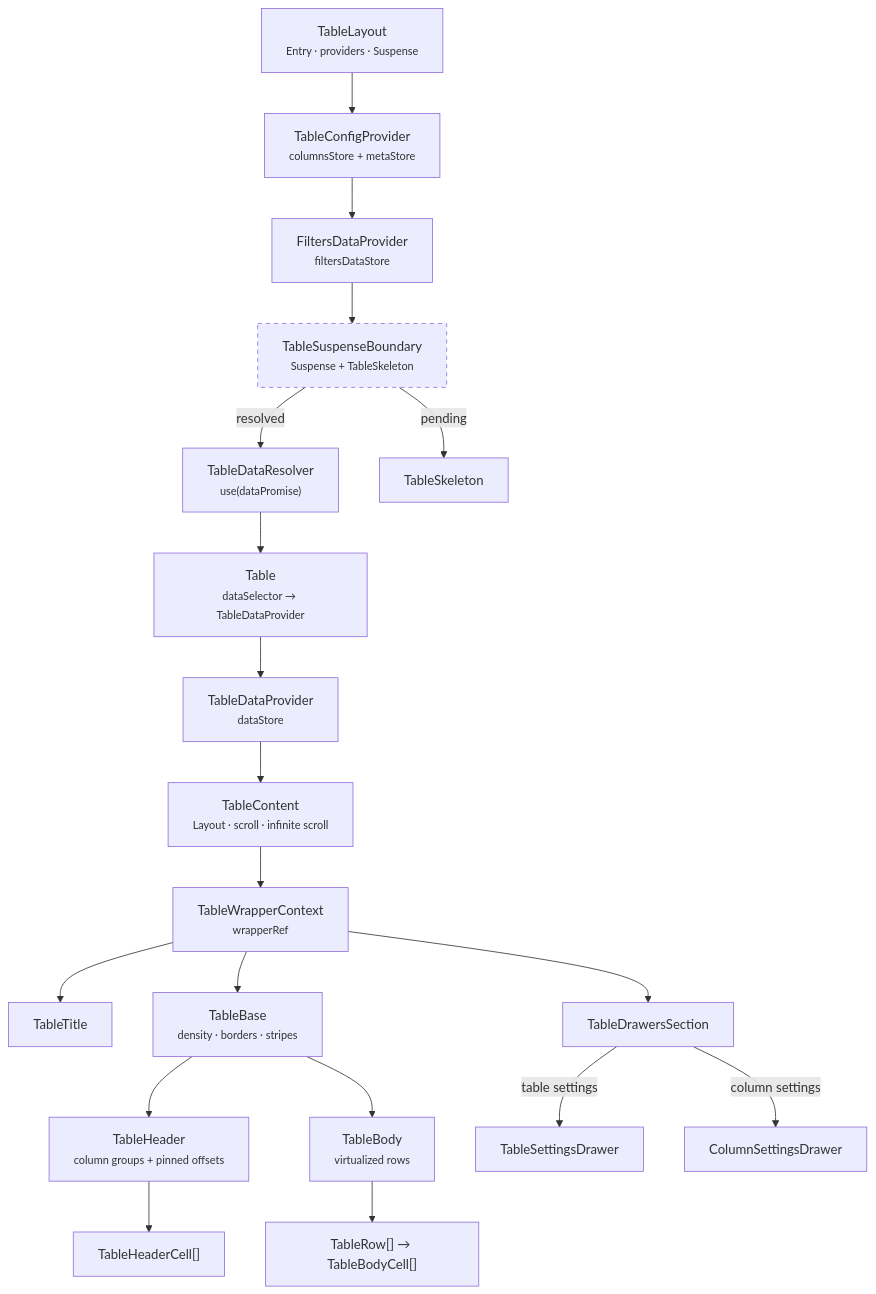
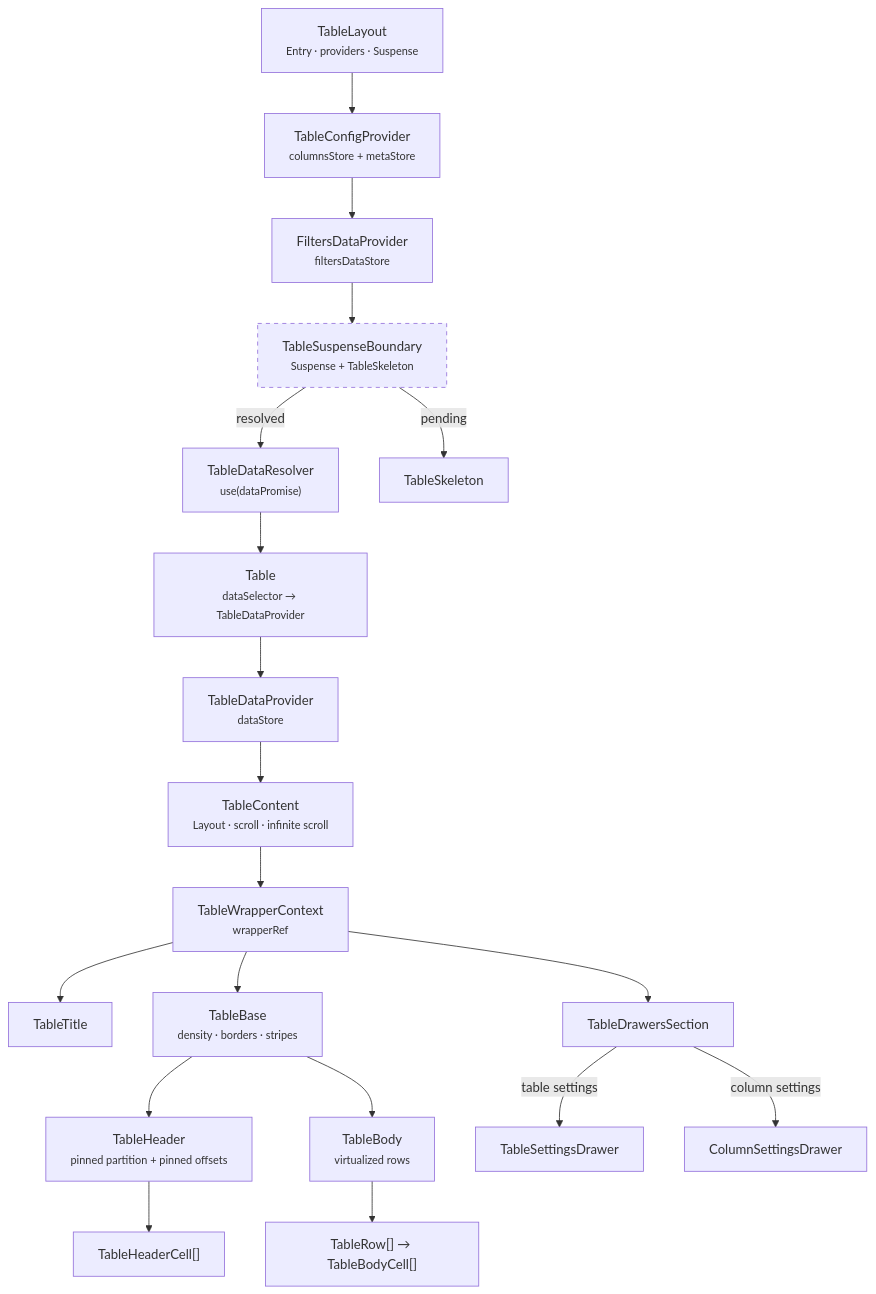
One commit to luciocabrera/lcabrera-stack changed the first of 4 diagrams in packages/ui/src/components/Table/ARCHITECTURE.md. Above: the diagram before and after it, drawn with Mermaid. The commit also changed 41 other files, not shown here.

````diff
--- a/packages/ui/src/components/Table/ARCHITECTURE.md
+++ b/packages/ui/src/components/Table/ARCHITECTURE.md
@@ -15,31 +15,31 @@
 ```mermaid
 graph TD
   TL["TableLayout<br/><small>Entry · providers · Suspense</small>"]
   TCP["TableConfigProvider<br/><small>columnsStore + metaStore</small>"]
   FDP["FiltersDataProvider<br/><small>filtersDataStore</small>"]
   TSB["TableSuspenseBoundary<br/><small>Suspense + TableSkeleton</small>"]
   TDR["TableDataResolver<br/><small>use(dataPromise)</small>"]
   T["Table<br/><small>dataSelector → TableDataProvider</small>"]
   TDP["TableDataProvider<br/><small>dataStore</small>"]
   TC["TableContent<br/><small>Layout · scroll · infinite scroll</small>"]
   TWC["TableWrapperContext<br/><small>wrapperRef</small>"]
   TTitle["TableTitle"]
   TBase["TableBase<br/><small>density · borders · stripes</small>"]
-  TH["TableHeader<br/><small>column groups + pinned offsets</small>"]
+  TH["TableHeader<br/><small>pinned partition + pinned offsets</small>"]
   TBody["TableBody<br/><small>virtualized rows</small>"]
   TDS["TableDrawersSection"]
 
   TL --> TCP --> FDP --> TSB
   TSB -->|pending| SK["TableSkeleton"]
   TSB -->|resolved| TDR --> T --> TDP --> TC --> TWC
   TWC --> TTitle
   TWC --> TBase
   TBase --> TH --> THC["TableHeaderCell[]"]
   TBase --> TBody --> TR["TableRow[] → TableBodyCell[]"]
   TWC --> TDS
 
   TDS -->|table settings| TSD["TableSettingsDrawer"]
   TDS -->|column settings| CSD["ColumnSettingsDrawer"]
 
   style TSB stroke-dasharray: 5 5
 ```
````
